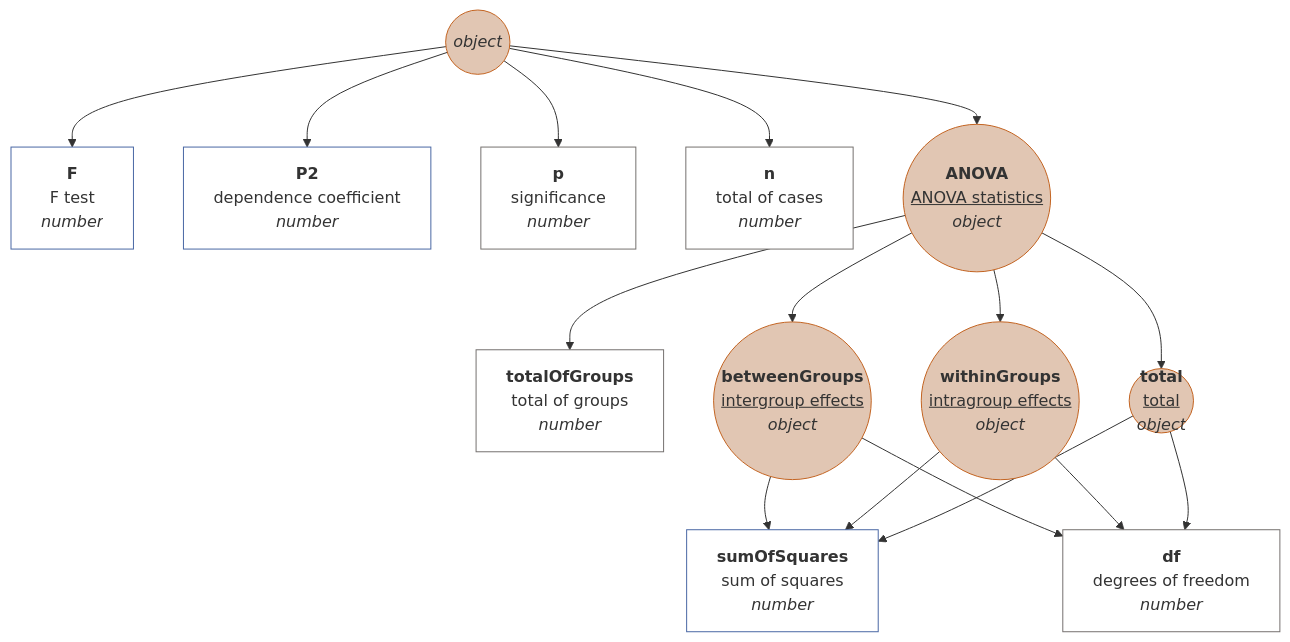
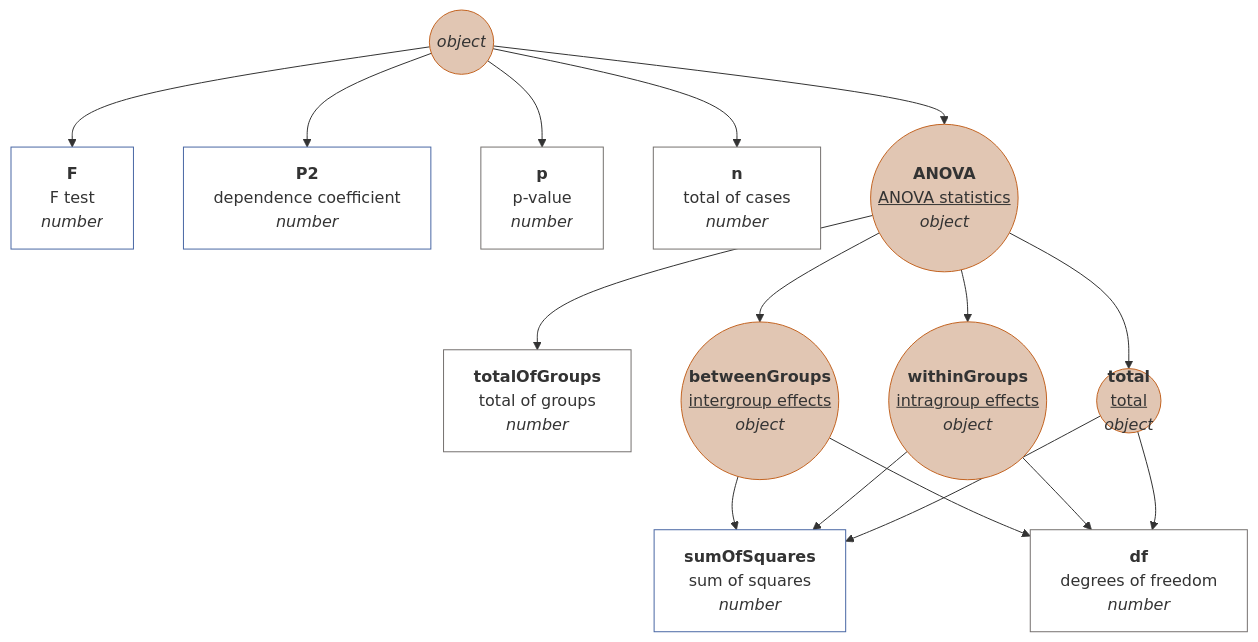
One commit to muzikp/retusa changed diagram 32 of 38 in docs/en-GB.md. Above: the diagram before and after it, drawn with Mermaid. The commit also changed other lines of this file and 8 other files, not shown here.

````diff
--- a/docs/en-GB.md
+++ b/docs/en-GB.md
@@ -1181,56 +1181,56 @@
 ```mermaid
 graph TD
 anovaow((<i>object</i>))
 style anovaow fill:#E1C6B3;
 style anovaow stroke:#C36422;
 anovaow --> F[<b>F</b><br>F test <br><i>number</i>]
 style F fill:#FFFFFF;
 style F stroke:#4967A4;
 anovaow --> P2[<b>P2</b><br>dependence coefficient <br><i>number</i>]
 style P2 fill:#FFFFFF;
 style P2 stroke:#4967A4;
-anovaow --> p[<b>p</b><br>significance <br><i>number</i>]
+anovaow --> p[<b>p</b><br>p-value <br><i>number</i>]
 style p fill:#FFFFFF;
 style p stroke:#75716F;
 anovaow --> n[<b>n</b><br>total of cases <br><i>number</i>]
 style n fill:#FFFFFF;
 style n stroke:#75716F;
 anovaow --> ANOVA((<b>ANOVA</b><br><u>ANOVA statistics</u>))
 ANOVA((<b>ANOVA</b><br><u>ANOVA statistics</u><br><i>object</i>))
 style ANOVA fill:#E1C6B3;
 style ANOVA stroke:#C36422;
 ANOVA --> totalOfGroups[<b>totalOfGroups</b><br>total of groups <br><i>number</i>]
 style totalOfGroups fill:#FFFFFF;
 style totalOfGroups stroke:#75716F;
 ANOVA --> betweenGroups((<b>betweenGroups</b><br><u>intergroup effects</u>))
 betweenGroups((<b>betweenGroups</b><br><u>intergroup effects</u><br><i>object</i>))
 style betweenGroups fill:#E1C6B3;
 style betweenGroups stroke:#C36422;
 betweenGroups --> sumOfSquares[<b>sumOfSquares</b><br>sum of squares <br><i>number</i>]
 style sumOfSquares fill:#FFFFFF;
 style sumOfSquares stroke:#4967A4;
 betweenGroups --> df[<b>df</b><br>degrees of freedom <br><i>number</i>]
 style df fill:#FFFFFF;
 style df stroke:#75716F;
 ANOVA --> withinGroups((<b>withinGroups</b><br><u>intragroup effects</u>))
 withinGroups((<b>withinGroups</b><br><u>intragroup effects</u><br><i>object</i>))
 style withinGroups fill:#E1C6B3;
 style withinGroups stroke:#C36422;
 withinGroups --> sumOfSquares[<b>sumOfSquares</b><br>sum of squares <br><i>number</i>]
 style sumOfSquares fill:#FFFFFF;
 style sumOfSquares stroke:#4967A4;
 withinGroups --> df[<b>df</b><br>degrees of freedom <br><i>number</i>]
 style df fill:#FFFFFF;
 style df stroke:#75716F;
 ANOVA --> total((<b>total</b><br><u>total</u>))
 total((<b>total</b><br><u>total</u><br><i>object</i>))
 style total fill:#E1C6B3;
 style total stroke:#C36422;
 total --> sumOfSquares[<b>sumOfSquares</b><br>sum of squares <br><i>number</i>]
 style sumOfSquares fill:#FFFFFF;
 style sumOfSquares stroke:#4967A4;
 total --> df[<b>df</b><br>degrees of freedom <br><i>number</i>]
 style df fill:#FFFFFF;
 style df stroke:#75716F;
 
 ```
````
